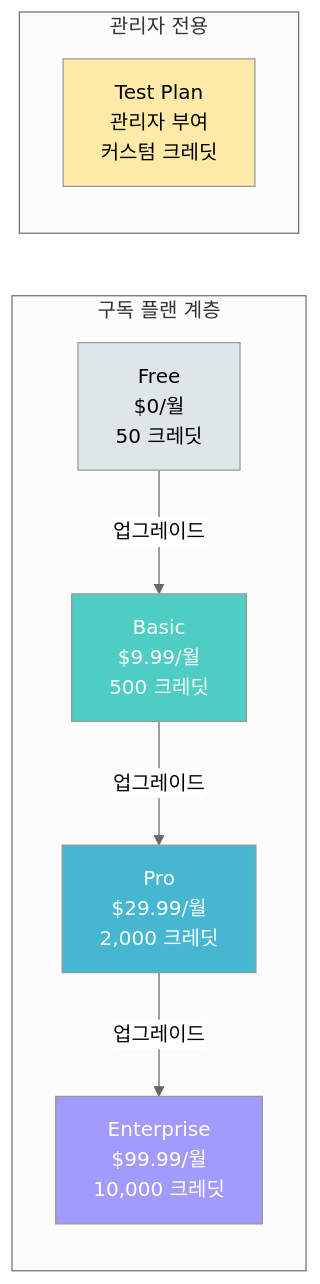
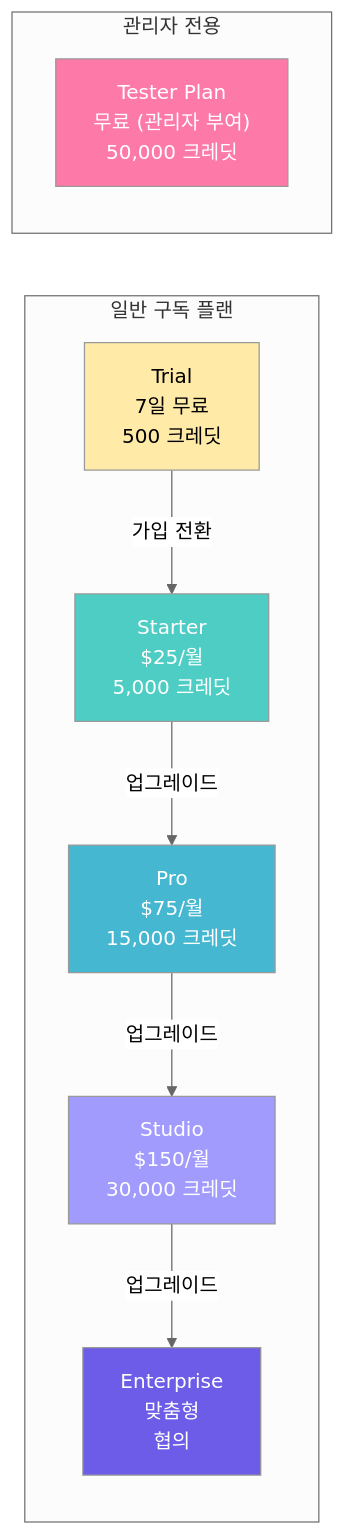
The first of 11 diagrams in docs/saas-analysis/05_SUBSCRIPTION_BILLING_SYSTEM.md (Pinksea-AI/InvokeAI), drawn with Mermaid (neutral theme) before and after one commit. The commit also changed other lines of this file and 6 other files, not shown here.

````diff
--- a/docs/saas-analysis/05_SUBSCRIPTION_BILLING_SYSTEM.md
+++ b/docs/saas-analysis/05_SUBSCRIPTION_BILLING_SYSTEM.md
@@ -17,23 +30,26 @@
 ```mermaid
 graph LR
-    subgraph "구독 플랜 계층"
-        FREE["Free<br/>$0/월<br/>50 크레딧"]
-        BASIC["Basic<br/>$9.99/월<br/>500 크레딧"]
-        PRO["Pro<br/>$29.99/월<br/>2,000 크레딧"]
-        ENT["Enterprise<br/>$99.99/월<br/>10,000 크레딧"]
+    subgraph "일반 구독 플랜"
+        TRIAL["Trial<br/>7일 무료<br/>500 크레딧"]
+        STARTER["Starter<br/>$25/월<br/>5,000 크레딧"]
+        PRO["Pro<br/>$75/월<br/>15,000 크레딧"]
+        STUDIO["Studio<br/>$150/월<br/>30,000 크레딧"]
+        ENT["Enterprise<br/>맞춤형<br/>협의"]
     end
 
     subgraph "관리자 전용"
-        TEST["Test Plan<br/>관리자 부여<br/>커스텀 크레딧"]
+        TESTER["Tester Plan<br/>무료 (관리자 부여)<br/>50,000 크레딧"]
     end
 
-    FREE -->|"업그레이드"| BASIC
-    BASIC -->|"업그레이드"| PRO
-    PRO -->|"업그레이드"| ENT
+    TRIAL -->|"가입 전환"| STARTER
+    STARTER -->|"업그레이드"| PRO
+    PRO -->|"업그레이드"| STUDIO
+    STUDIO -->|"업그레이드"| ENT
 
-    style FREE fill:#dfe6e9,color:#000
-    style BASIC fill:#4ecdc4,color:#fff
+    style TRIAL fill:#ffeaa7,color:#000
+    style STARTER fill:#4ecdc4,color:#fff
     style PRO fill:#45b7d1,color:#fff
-    style ENT fill:#a29bfe,color:#fff
-    style TEST fill:#ffeaa7,color:#000
+    style STUDIO fill:#a29bfe,color:#fff
+    style ENT fill:#6c5ce7,color:#fff
+    style TESTER fill:#fd79a8,color:#fff
 ```
````
